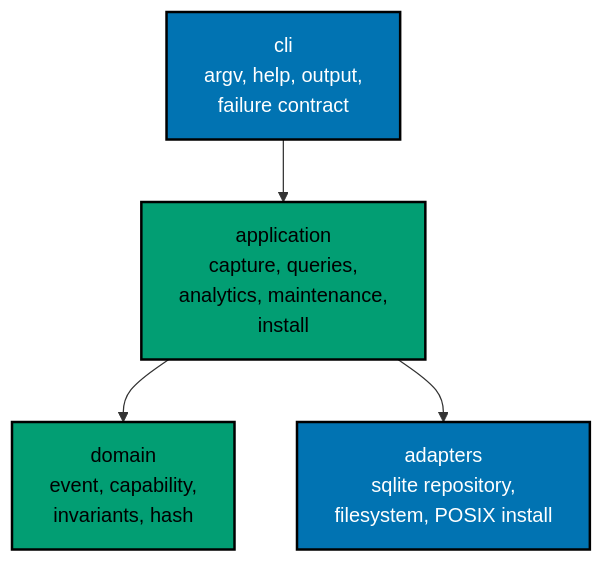
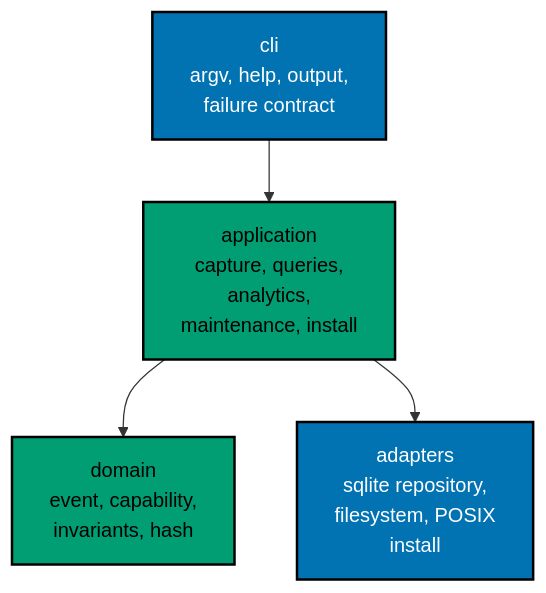
The second of 2 diagrams in specs/apps/ferret/cli/architecture.md (wahidyankf/ose-public), drawn with Mermaid before and after one commit. The commit also changed other lines of this file and 220 other files, not shown here.

First line of the commit message:
docs: split mermaid labels to 20 graphemes and add palette defaults

````diff
--- a/specs/apps/ferret/cli/architecture.md
+++ b/specs/apps/ferret/cli/architecture.md
@@ -45,13 +46,14 @@
 ```mermaid
 flowchart TD
     accTitle: Components
     accDescr: The cli adapter calls the application layer, which uses the domain layer and reaches SQLite and the filesystem only through outbound adapters.
-    CLI[cli<br/>argv, help, output,<br/>failure contract] --> APP[application<br/>capture, queries,<br/>analytics, maintenance,<br/>install]
+    CLI[cli<br/>argv, help, output,<br/>failure contract] --> APP[application<br/>capture, queries,<br/>analytics,<br/>maintenance, install]
     APP --> DOMAIN[domain<br/>event, capability,<br/>invariants, hash]
-    APP --> OUT[adapters<br/>sqlite repository,<br/>filesystem, POSIX install]
+    APP --> OUT[adapters<br/>sqlite repository,<br/>filesystem, POSIX<br/>install]
 
     classDef adapter fill:#0173B2,stroke:#000000,color:#FFFFFF,stroke-width:2px
     classDef core fill:#029E73,stroke:#000000,color:#000000,stroke-width:2px
     class CLI,OUT adapter
     class APP,DOMAIN core
+    classDef default fill:#FFFFFF,stroke:#000000,color:#000000
 ```
````
